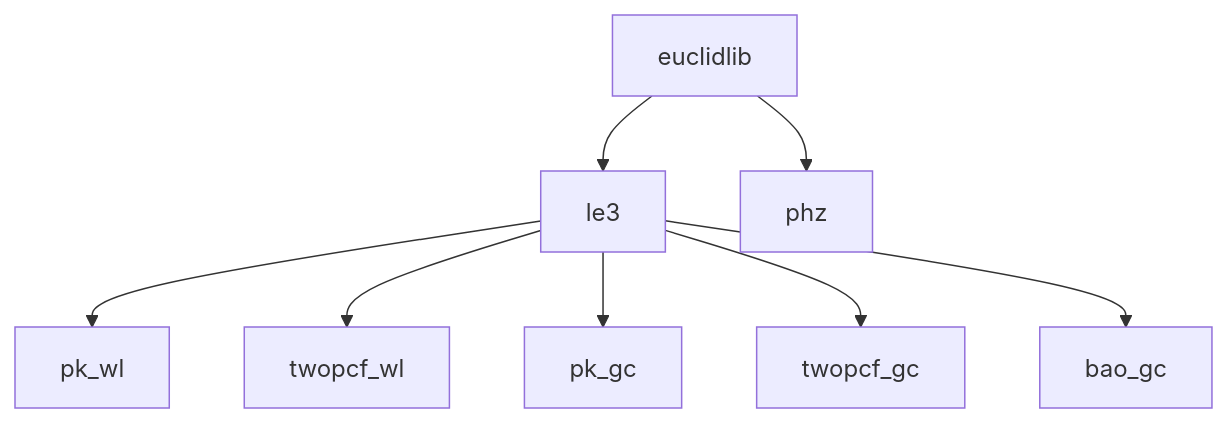
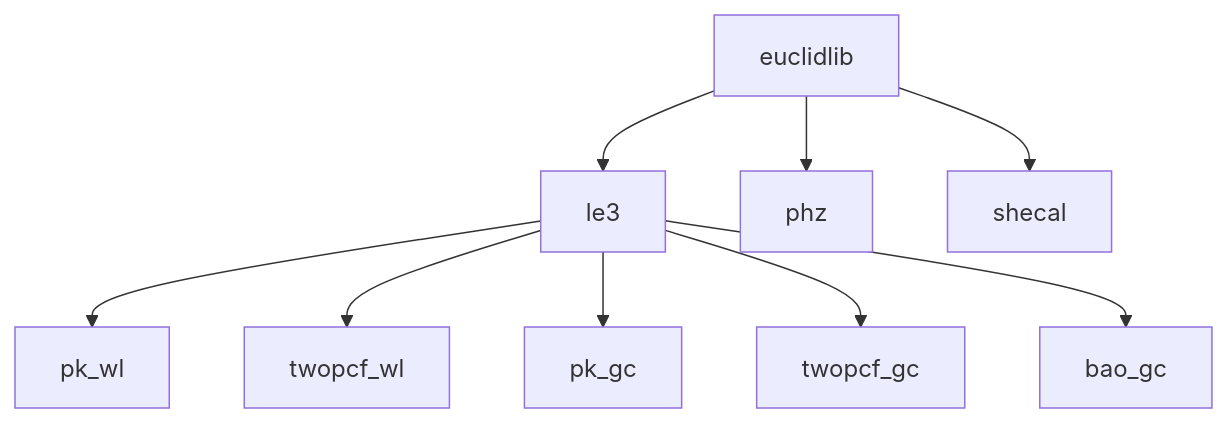
The diagram in README.md (euclidlib/euclidlib), drawn with Mermaid before and after one commit. The commit also changed 14 other files, not shown here.

````diff
--- a/README.md
+++ b/README.md
@@ -44,22 +44,24 @@
 ```mermaid
 graph TD
     EUCLIDLIB[euclidlib]
 
     LE3[le3]
     PK_WL[pk_wl]
     TWOPCF_WL[twopcf_wl]
     PK_GC[pk_gc]
     TWOPCF_GC[twopcf_gc]
-	BAO_GC[bao_gc]
+    BAO_GC[bao_gc]
 
     PHZ[phz]
+    SHECAL[shecal]
 
     EUCLIDLIB --> LE3
     EUCLIDLIB --> PHZ
+    EUCLIDLIB --> SHECAL
 
     LE3 --> PK_WL
     LE3 --> TWOPCF_WL
     LE3 --> PK_GC
     LE3 --> TWOPCF_GC
-	LE3 --> BAO_GC
+    LE3 --> BAO_GC
 ```
````
